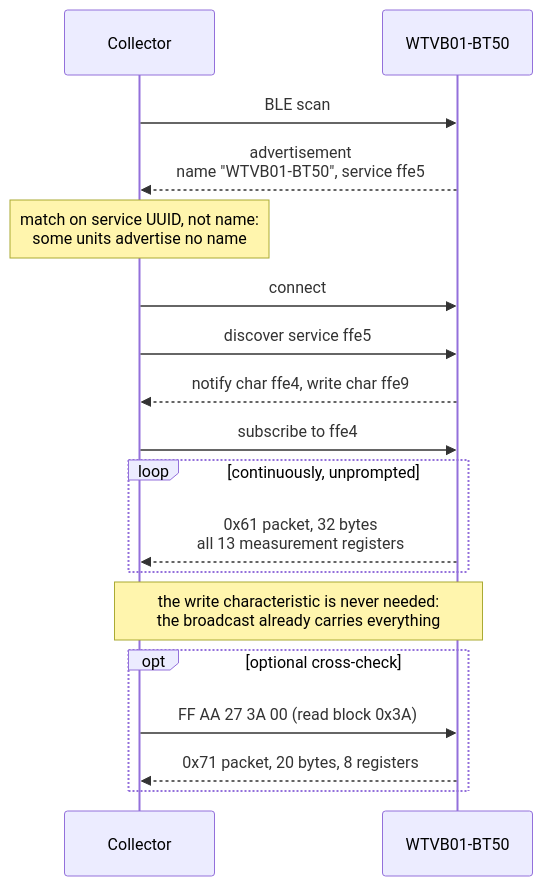
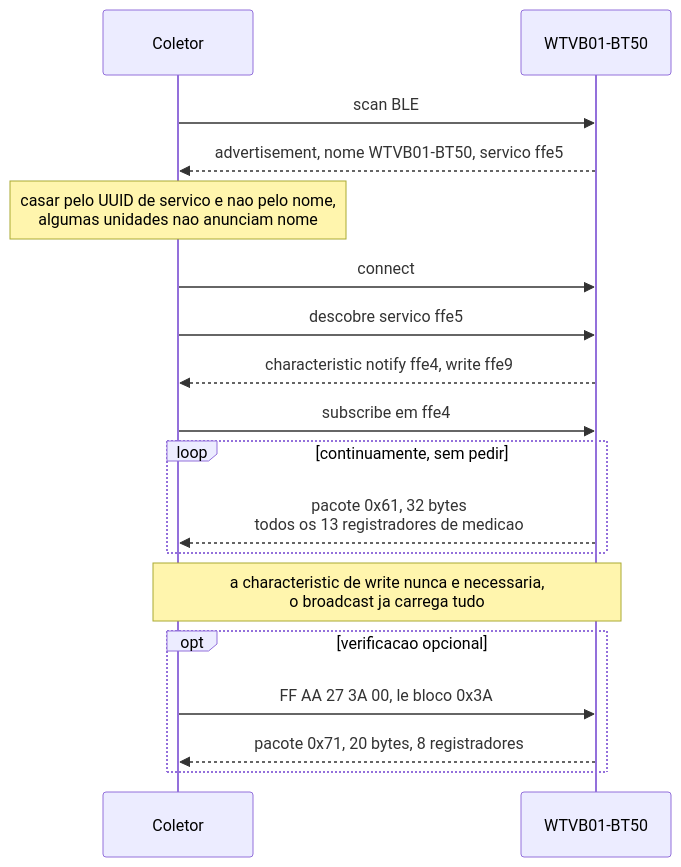
The second of 4 diagrams in docs/architecture.md (NatanBack77/zenith-edge-collector), drawn with Mermaid before and after one commit. The commit also changed other lines of this file and 4 other files, not shown here.

First line of the commit message:
Traduz documentação para português e conserta diagramas mermaid

````diff
--- a/docs/architecture.md
+++ b/docs/architecture.md
@@ -51,26 +54,26 @@
 ```mermaid
 sequenceDiagram
-    participant C as Collector
+    participant C as Coletor
     participant S as WTVB01-BT50
 
-    C->>S: BLE scan
-    S-->>C: advertisement<br/>name "WTVB01-BT50", service ffe5
-    Note over C: match on service UUID, not name:<br/>some units advertise no name
+    C->>S: scan BLE
+    S-->>C: advertisement, nome WTVB01-BT50, servico ffe5
+    Note over C: casar pelo UUID de servico e nao pelo nome,<br/>algumas unidades nao anunciam nome
 
     C->>S: connect
-    C->>S: discover service ffe5
-    S-->>C: notify char ffe4, write char ffe9
+    C->>S: descobre servico ffe5
+    S-->>C: characteristic notify ffe4, write ffe9
 
-    C->>S: subscribe to ffe4
+    C->>S: subscribe em ffe4
 
-    loop continuously, unprompted
-        S-->>C: 0x61 packet, 32 bytes<br/>all 13 measurement registers
+    loop continuamente, sem pedir
+        S-->>C: pacote 0x61, 32 bytes<br/>todos os 13 registradores de medicao
     end
 
-    Note over C,S: the write characteristic is never needed:<br/>the broadcast already carries everything
+    Note over C,S: a characteristic de write nunca e necessaria,<br/>o broadcast ja carrega tudo
 
-    opt optional cross-check
-        C->>S: FF AA 27 3A 00 (read block 0x3A)
-        S-->>C: 0x71 packet, 20 bytes, 8 registers
+    opt verificacao opcional
+        C->>S: FF AA 27 3A 00, le bloco 0x3A
+        S-->>C: pacote 0x71, 20 bytes, 8 registradores
     end
 ```
````
